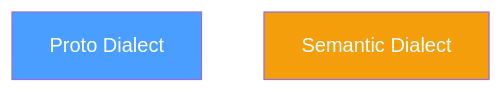
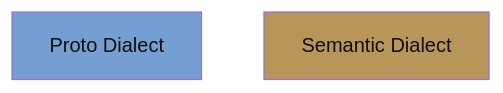
One commit to alnovis/nebula changed the second of 3 diagrams in docs/MERMAID_EXPORT.md. Above: the diagram before and after it, drawn with Mermaid. The commit also changed other lines of this file and 4 other files, not shown here.

First line of the commit message:
feat(style): matched palette for diagram layers and the CDN page

````diff
--- a/docs/MERMAID_EXPORT.md
+++ b/docs/MERMAID_EXPORT.md
@@ -214,8 +214,8 @@
 ```mermaid
 flowchart TB
     P["Proto Dialect"]
     S["Semantic Dialect"]
 
-    style P fill:#4a9eff,color:#fff
-    style S fill:#f59e0b,color:#fff
+    style P fill:#759ed2,color:#0f0f0f
+    style S fill:#b89559,color:#0f0f0f
 ```
````
